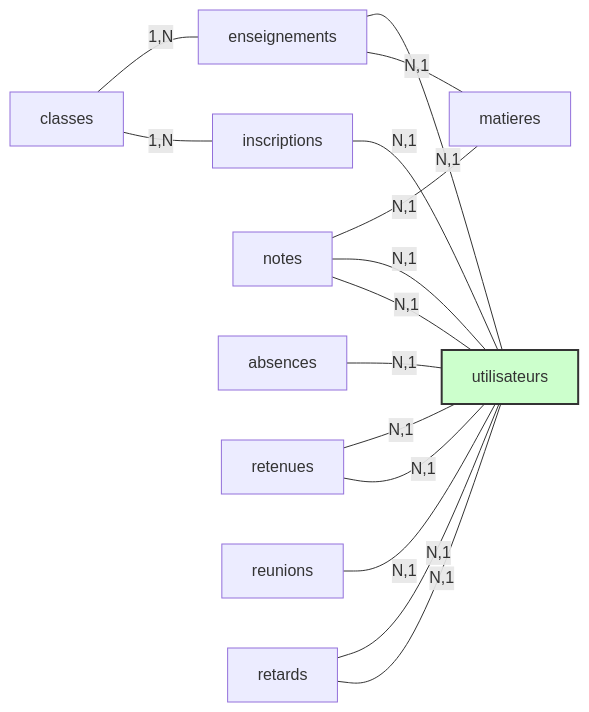
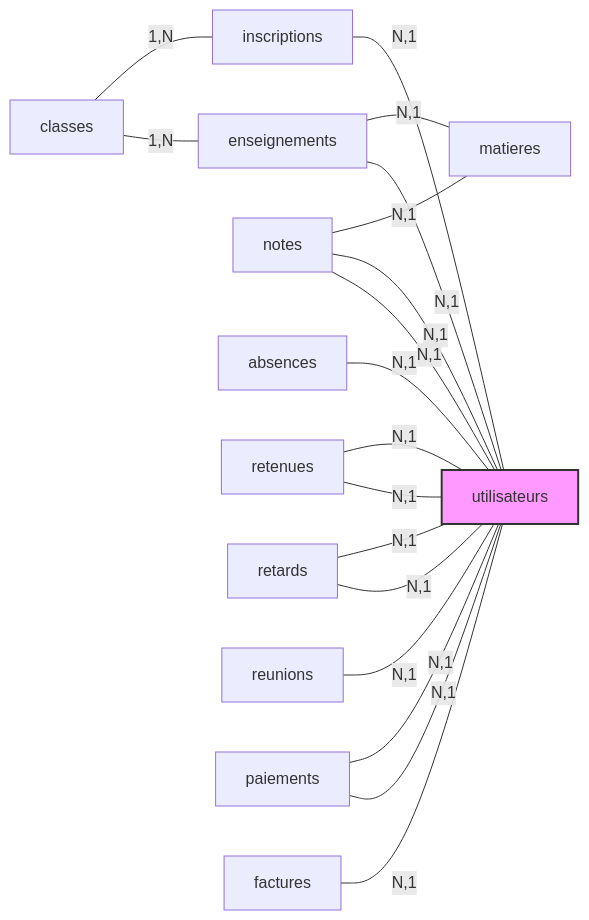
One commit to sorooty/PROJET-ECOSYSTEM-ERP changed the diagram in Documentation/DOCU BDD.md. Above: the diagram before and after it, drawn with Mermaid.

Commit message:
Update the links scheme

````diff
--- a/Documentation/DOCU BDD.md
+++ b/Documentation/DOCU BDD.md
@@ -919,23 +919,36 @@
 ```mermaid
 graph LR
+    %% Relations principales avec les classes
     classes -- "1,N" --- inscriptions
     inscriptions -- "N,1" --- utilisateurs
     classes -- "1,N" --- enseignements
+    
+    %% Relations avec les matières et enseignements
     enseignements -- "N,1" --- matieres
     enseignements -- "N,1" --- utilisateurs
+    notes -- "N,1" --- matieres
+    
+    %% Relations avec la vie scolaire
     notes -- "N,1" --- utilisateurs:::eleves
     notes -- "N,1" --- utilisateurs:::professeurs
-    notes -- "N,1" --- matieres
     absences -- "N,1" --- utilisateurs
     retenues -- "N,1" --- utilisateurs:::eleves
     retenues -- "N,1" --- utilisateurs:::professeurs
-    reunions -- "N,1" --- utilisateurs:::organisateurs
     retards -- "N,1" --- utilisateurs:::eleves
     retards -- "N,1" --- utilisateurs:::validateurs
+    
+    %% Relations avec les réunions
+    reunions -- "N,1" --- utilisateurs:::organisateurs
+    
+    %% Relations avec la partie financière
+    paiements -- "N,1" --- utilisateurs:::eleves
+    paiements -- "N,1" --- utilisateurs:::validateurs
+    factures -- "N,1" --- utilisateurs:::eleves
 
+    %% Styles des différents types d'utilisateurs
     classDef eleves fill:#f9f,stroke:#333,stroke-width:2px;
     classDef professeurs fill:#ccf,stroke:#333,stroke-width:2px;
     classDef organisateurs fill:#cff,stroke:#333,stroke-width:2px;
     classDef validateurs fill:#cfc,stroke:#333,stroke-width:2px;
 
 ```
````
